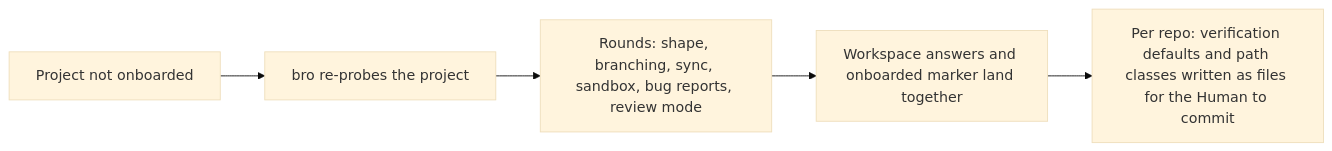
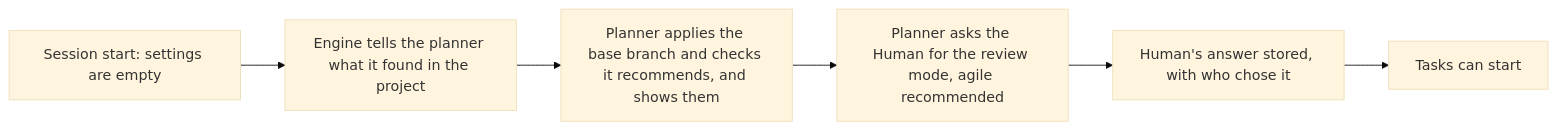
The fourth of 24 diagrams in docs/architecture/FLOWS.md (trustmybot/tmb), drawn with Mermaid (base theme) before and after one commit. The commit also changed other lines of this file and 38 other files, not shown here.

````diff
--- a/docs/architecture/FLOWS.md
+++ b/docs/architecture/FLOWS.md
@@ -53,7 +86,8 @@
 ```mermaid
 flowchart LR
-    A[Project not onboarded] --> B[bro re-probes the project]
-    B --> C[Rounds: shape, branching, sync, sandbox, bug reports, review mode]
-    C --> D[Workspace answers and onboarded marker land together]
-    D --> E[Per repo: verification defaults and path classes written as files for the Human to commit]
+    A["Session start: settings are empty"] --> B["Engine tells the planner what it found in the project"]
+    B --> C["Planner applies the base branch and checks it recommends, and shows them"]
+    C --> D["Planner asks the Human for the review mode, agile recommended"]
+    D --> E["Human's answer stored, with who chose it"]
+    E --> F["Tasks can start"]
 ```
````
